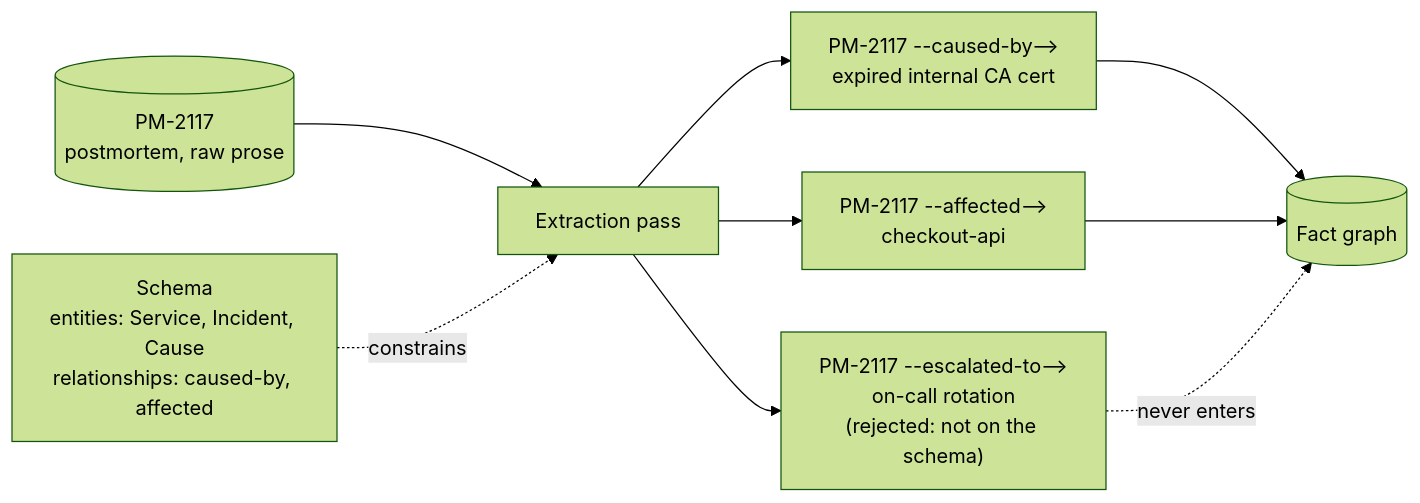
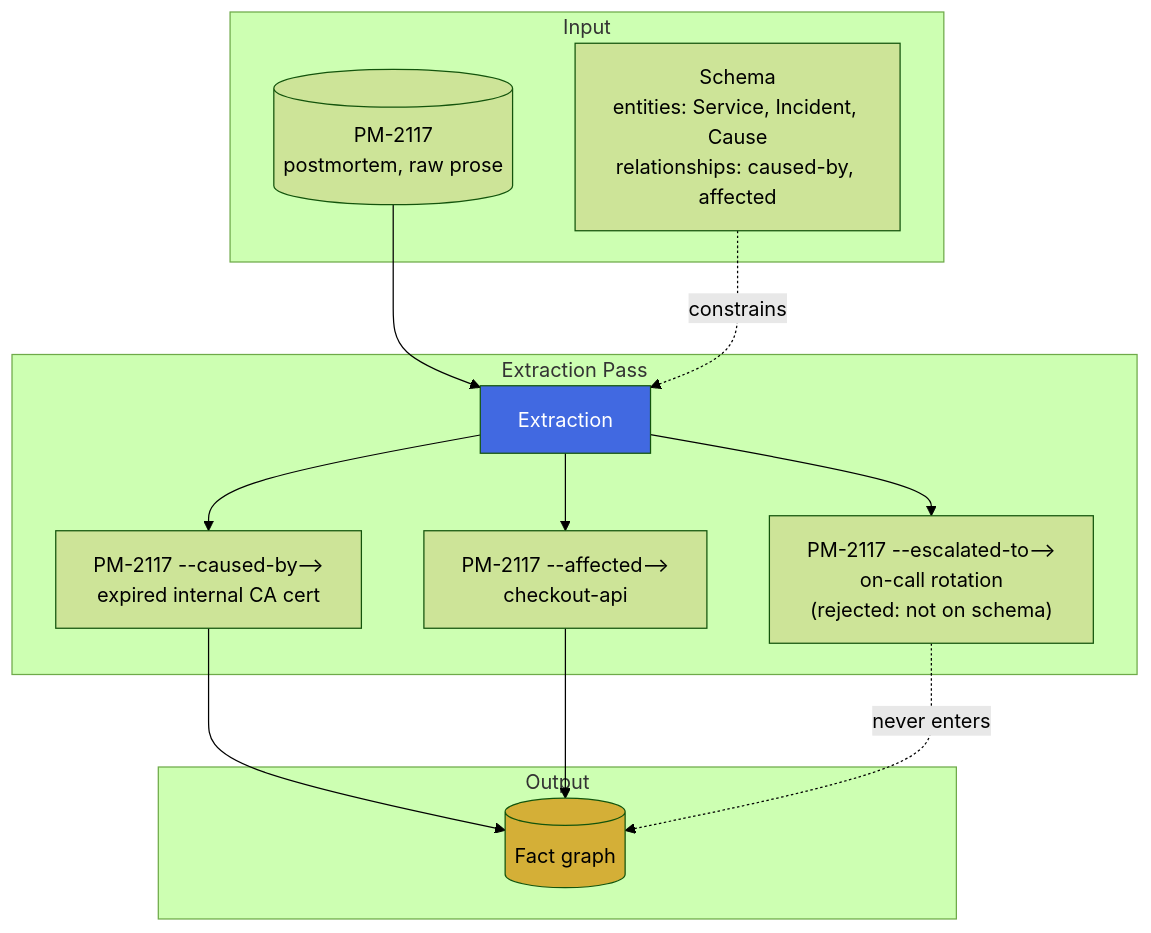
Before and after one commit to ayeshakhalid192007-dev/graph-engineering-crash-course: the diagram in docs/05-part-3-the-graph-of-facts/step-6-extraction-schema-first-prose-second.md, drawn with Mermaid (forest theme). The commit also changed 17 other files, not shown here.

First line of the commit message:
Add Mermaid diagrams to core documentation files

````diff
--- a/docs/05-part-3-the-graph-of-facts/step-6-extraction-schema-first-prose-second.md
+++ b/docs/05-part-3-the-graph-of-facts/step-6-extraction-schema-first-prose-second.md
@@ -46,11 +46,25 @@
 ```mermaid
-flowchart LR
-    Doc[("PM-2117<br/>postmortem, raw prose")] --> Pass["Extraction pass"]
-    Sch["Schema<br/>entities: Service, Incident, Cause<br/>relationships: caused-by, affected"] -. "constrains" .-> Pass
-    Pass --> Ok1["PM-2117 --caused-by--><br/>expired internal CA cert"]
-    Pass --> Ok2["PM-2117 --affected--><br/>checkout-api"]
-    Pass --> Bad["PM-2117 --escalated-to--><br/>on-call rotation<br/>(rejected: not on the schema)"]
-    Ok1 --> Graph[("Fact graph")]
-    Ok2 --> Graph
-    Bad -. "never enters" .-> Graph
+flowchart TB
+    subgraph "Input"
+        Doc[("PM-2117<br/>postmortem, raw prose")]
+        Sch["Schema<br/>entities: Service, Incident, Cause<br/>relationships: caused-by, affected"]
+    end
+
+    subgraph "Extraction Pass"
+        Doc --> Pass["Extraction"]
+        Sch -. "constrains" .-> Pass
+        Pass --> Ok1["PM-2117 --caused-by--><br/>expired internal CA cert"]
+        Pass --> Ok2["PM-2117 --affected--><br/>checkout-api"]
+        Pass --> Bad["PM-2117 --escalated-to--><br/>on-call rotation<br/>(rejected: not on schema)"]
+    end
+
+    subgraph "Output"
+        Graph[("Fact graph")]
+        Ok1 --> Graph
+        Ok2 --> Graph
+        Bad -. "never enters" .-> Graph
+    end
+
+    style Pass fill:#4169E1,color:#FFFFFF
+    style Graph fill:#D4AF37,color:#000000
 ```
````
